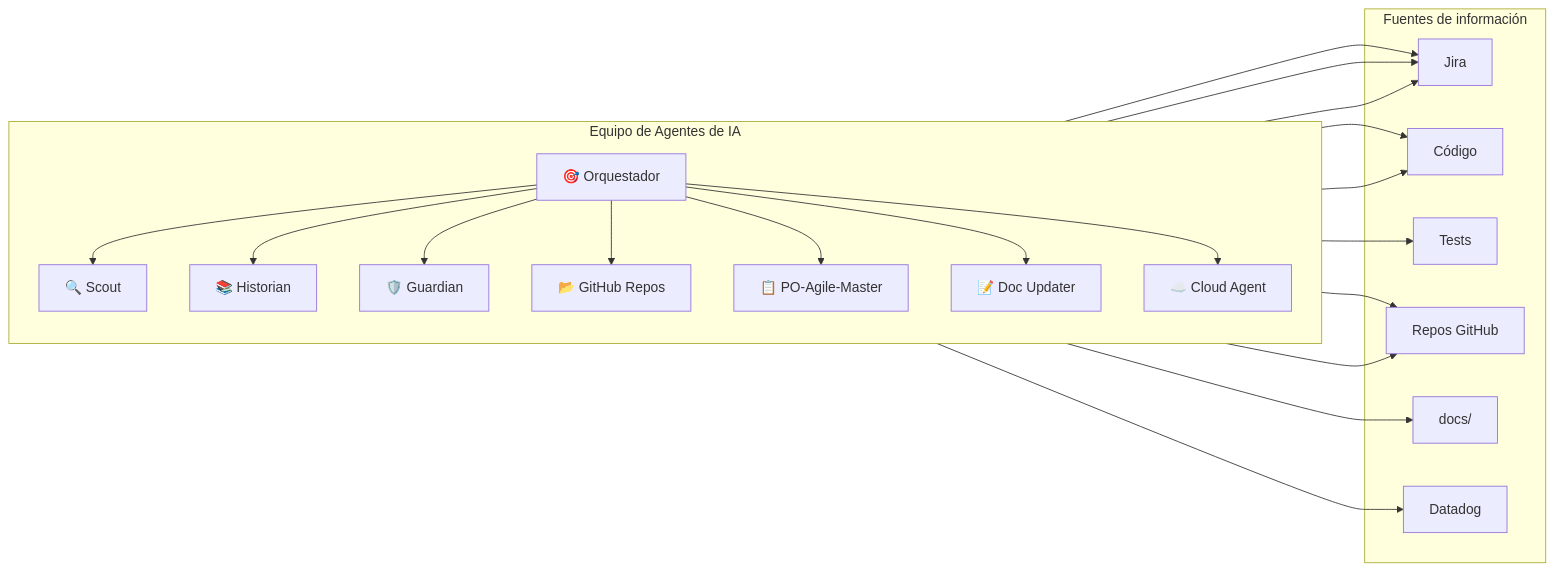
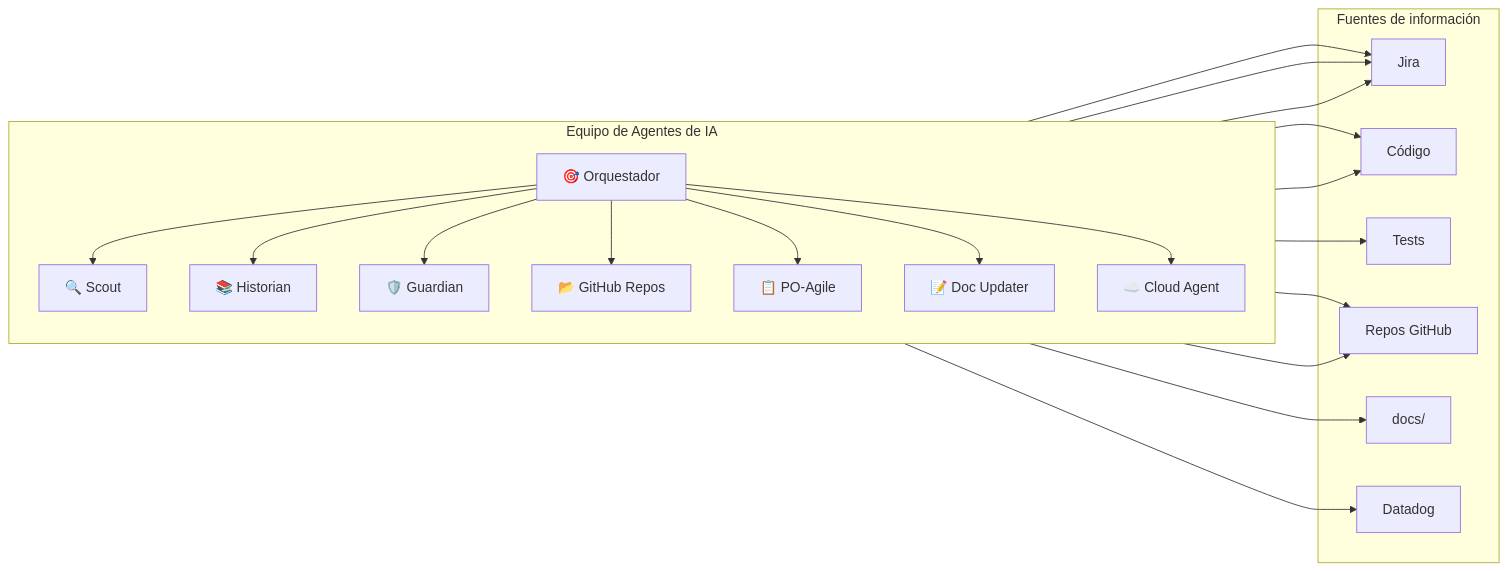
One commit to CARLOSPATINOVELEZ19/prueba-agente-po changed the first of 2 diagrams in docs/architecture/5-agents-functional-architecture.md. Above: the diagram before and after it, drawn with Mermaid. The commit also changed other lines of this file and 18 other files, not shown here.

First line of the commit message:
Renombrar agente PO-Agile-Master a PO-Agile en docs y reglas

````diff
--- a/docs/architecture/5-agents-functional-architecture.md
+++ b/docs/architecture/5-agents-functional-architecture.md
@@ -17,34 +17,34 @@
 ```mermaid
 flowchart LR
     subgraph equipo ["Equipo de Agentes de IA"]
         direction TB
         O[🎯 Orquestador]
         O --> S[🔍 Scout]
         O --> H[📚 Historian]
         O --> G[🛡️ Guardian]
         O --> R[📂 GitHub Repos]
-        O --> P[📋 PO-Agile-Master]
+        O --> P[📋 PO-Agile]
         O --> D[📝 Doc Updater]
         O --> CA[☁️ Cloud Agent]
     end
 
     subgraph fuentes ["Fuentes de información"]
         J[Jira]
         C[Código]
         T[Tests]
         GH[Repos GitHub]
         DOC[docs/]
         DD[Datadog]
     end
 
     S --> J
     H --> C
     G --> T
     R --> GH
     P --> J
     D --> C
     D --> DOC
     CA --> J
     CA --> DD
     CA --> GH
 ```
````
